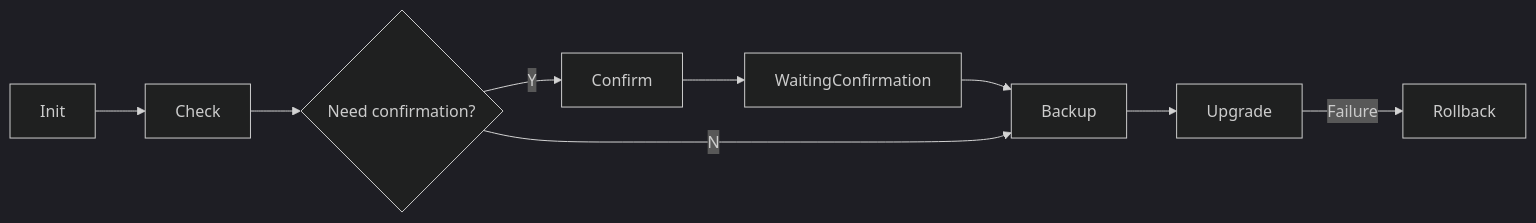
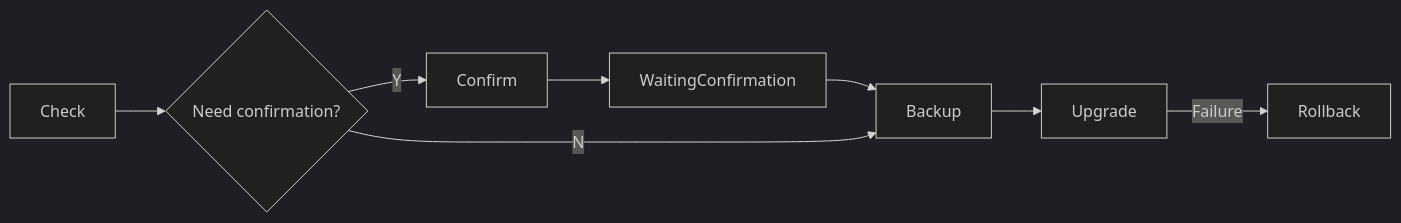
Before and after one commit to kubeedge/kubeedge: the third of 7 diagrams in docs/proposals/edge-node-tasks-status-enhancement.md, drawn with Mermaid (dark theme). The commit also changed other lines of this file and 3 other files, not shown here.

````diff
--- a/docs/proposals/edge-node-tasks-status-enhancement.md
+++ b/docs/proposals/edge-node-tasks-status-enhancement.md
@@ -51,11 +67,10 @@
     ```mermaid
     graph LR
-    A[Init] --> B[Check]
-    B --> C{Need confirmation?}
-    C --> |Y| D[Confirm]
-    D --> E[WaitingConfirmation]
-    E --> F[Backup]
-    C --> |N| F
-    F --> G[Upgrade]
-    G -- Failure --> H[Rollback]
+    A[Check] --> B{Need confirmation?}
+    B --> |Y| C[Confirm]
+    C --> D[WaitingConfirmation]
+    D --> E[Backup]
+    B --> |N| E
+    E --> F[Upgrade]
+    F -- Failure --> G[Rollback]
     ```
````
